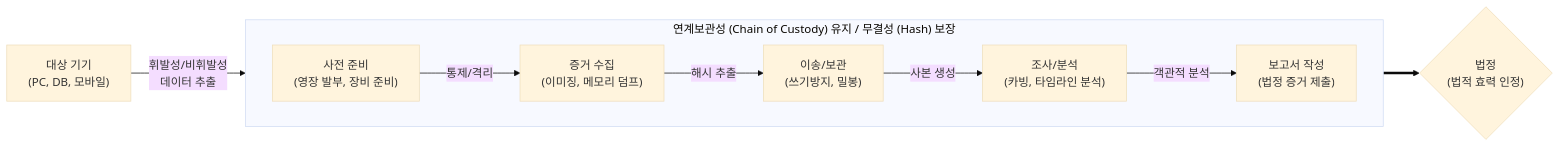
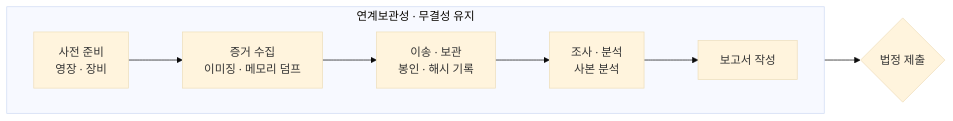
The diagram in content/01_IT Tech/디지털 포렌식.md (supremethumb/supremethumb.github.io), drawn with Mermaid (base theme) before and after one commit. The commit also changed other lines of this file and 1087 other files, not shown here.

````diff
--- a/content/01_IT Tech/디지털 포렌식.md
+++ b/content/01_IT Tech/디지털 포렌식.md
@@ -27,20 +36,11 @@
 ```mermaid
 flowchart LR
-    subgraph CoC ["연계보관성 (Chain of Custody) 유지 / 무결성 (Hash) 보장"]
+    subgraph CoC["연계보관성 · 무결성 유지"]
         direction LR
-        Prep["사전 준비<br/>(영장 발부, 장비 준비)"]
-        Acq["증거 수집<br/>(이미징, 메모리 덤프)"]
-        Pres["이송/보관<br/>(쓰기방지, 밀봉)"]
-        Anal["조사/분석<br/>(카빙, 타임라인 분석)"]
-        Rep["보고서 작성<br/>(법정 증거 제출)"]
-        
-        Prep -->|"통제/격리"| Acq
-        Acq -->|"해시 추출"| Pres
-        Pres -->|"사본 생성"| Anal
-        Anal -->|"객관적 분석"| Rep
+        A["사전 준비<br/>영장 · 장비"] --> B["증거 수집<br/>이미징 · 메모리 덤프"]
+        B --> C["이송 · 보관<br/>봉인 · 해시 기록"]
+        C --> D["조사 · 분석<br/>사본 분석"]
+        D --> E["보고서 작성"]
     end
-
-    Target["대상 기기<br/>(PC, DB, 모바일)"] --> |"휘발성/비휘발성<br/>데이터 추출"| Acq
-    Rep ==> Court{"법정<br/>(법적 효력 인정)"}
-
+    E --> F{"법정 제출"}
 ```
````
